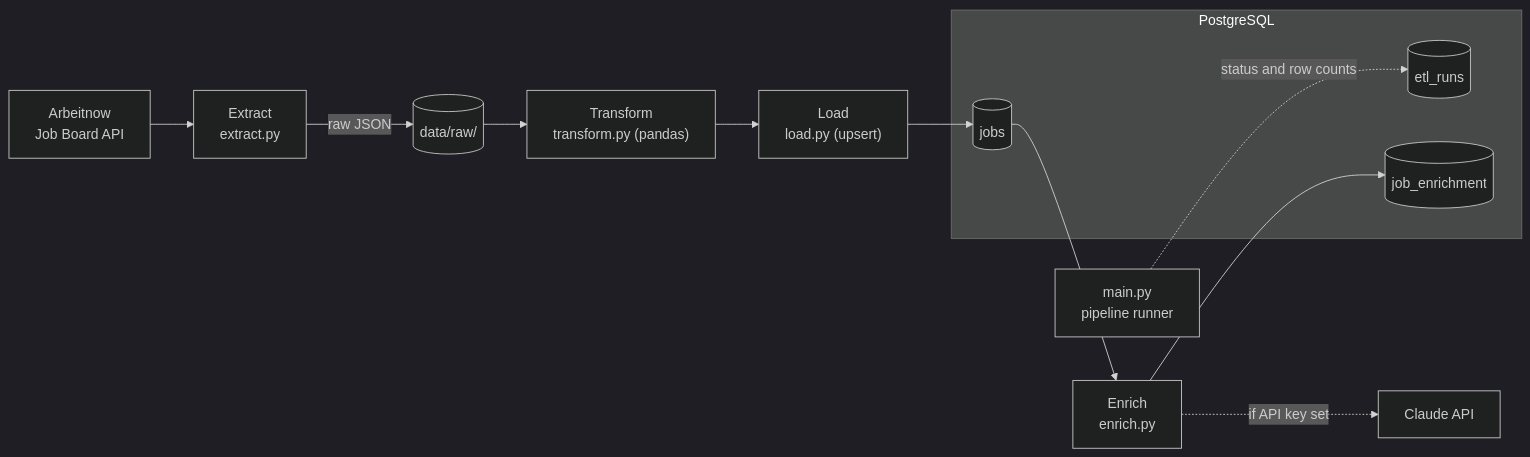
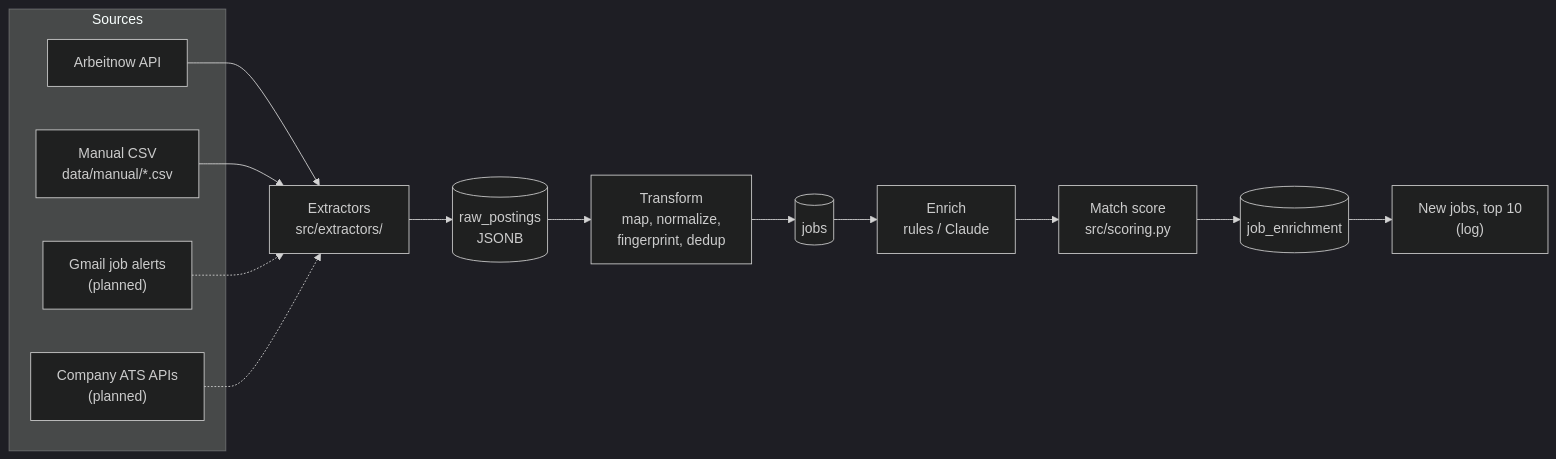
One commit to NagyDominik1/job-market-etl changed the diagram in README.md. Above: the diagram before and after it, drawn with Mermaid (dark theme). The commit also changed other lines of this file and 1 other file, not shown here.

First line of the commit message:
docs: README for v2 and CLAUDE.md for Phase 7

````diff
--- a/README.md
+++ b/README.md
@@ -15,19 +21,22 @@
 ```mermaid
 flowchart LR
-    API["Arbeitnow<br/>Job Board API"] --> EX["Extract<br/>extract.py"]
-    EX -- "raw JSON" --> RAW[("data/raw/")]
-    RAW --> TR["Transform<br/>transform.py (pandas)"]
-    TR --> LO["Load<br/>load.py (upsert)"]
-
-    subgraph PG["PostgreSQL"]
-        JOBS[("jobs")]
-        ENR[("job_enrichment")]
-        RUNS[("etl_runs")]
+    subgraph Sources
+        AN["Arbeitnow API"]
+        CSV["Manual CSV<br/>data/manual/*.csv"]
+        EM["Gmail job alerts<br/>(planned)"]
+        ATS["Company ATS APIs<br/>(planned)"]
     end
 
-    LO --> JOBS
-    JOBS --> EN["Enrich<br/>enrich.py"]
-    EN -. "if API key set" .-> CL["Claude API"]
-    EN --> ENR
-    MAIN["main.py<br/>pipeline runner"] -. "status and row counts" .-> RUNS
+    AN --> EX["Extractors<br/>src/extractors/"]
+    CSV --> EX
+    EM -.-> EX
+    ATS -.-> EX
+
+    EX --> RAW[("raw_postings<br/>JSONB")]
+    RAW --> TR["Transform<br/>map, normalize,<br/>fingerprint, dedup"]
+    TR --> JOBS[("jobs")]
+    JOBS --> EN["Enrich<br/>rules / Claude"]
+    EN --> SC["Match score<br/>src/scoring.py"]
+    SC --> ENR[("job_enrichment")]
+    ENR --> REP["New jobs, top 10<br/>(log)"]
 ```
````
